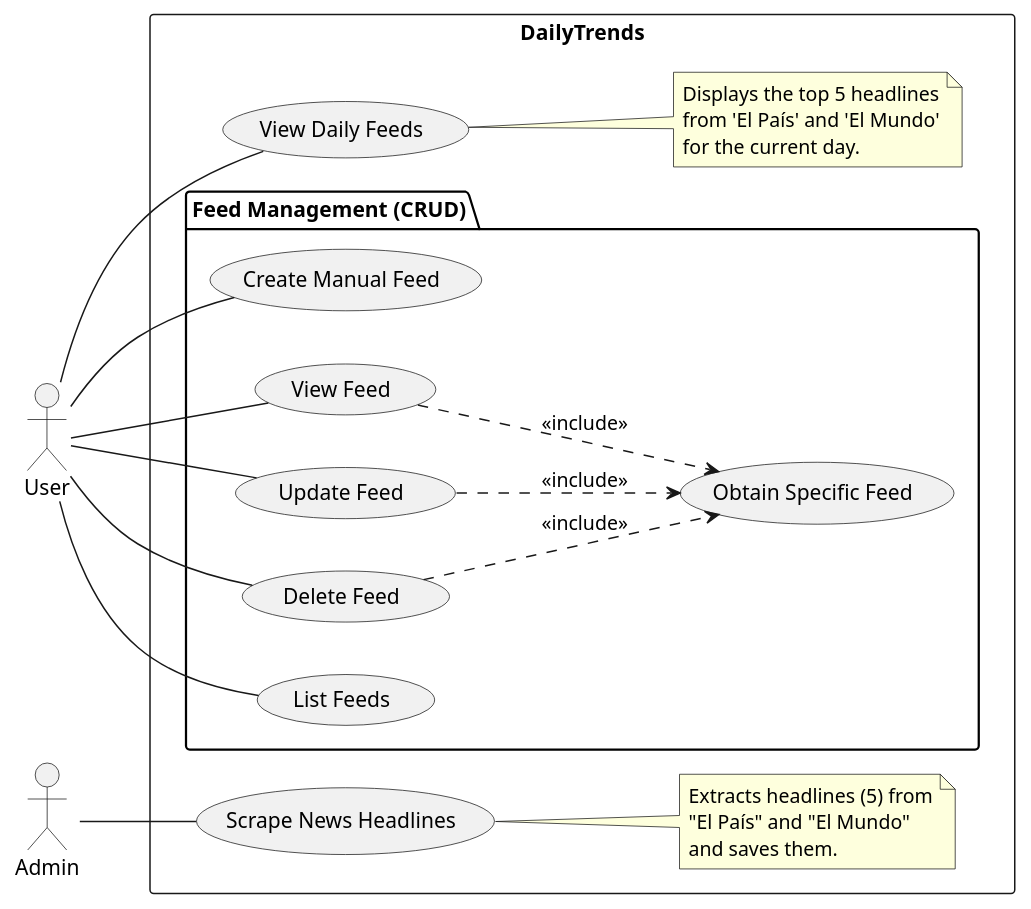
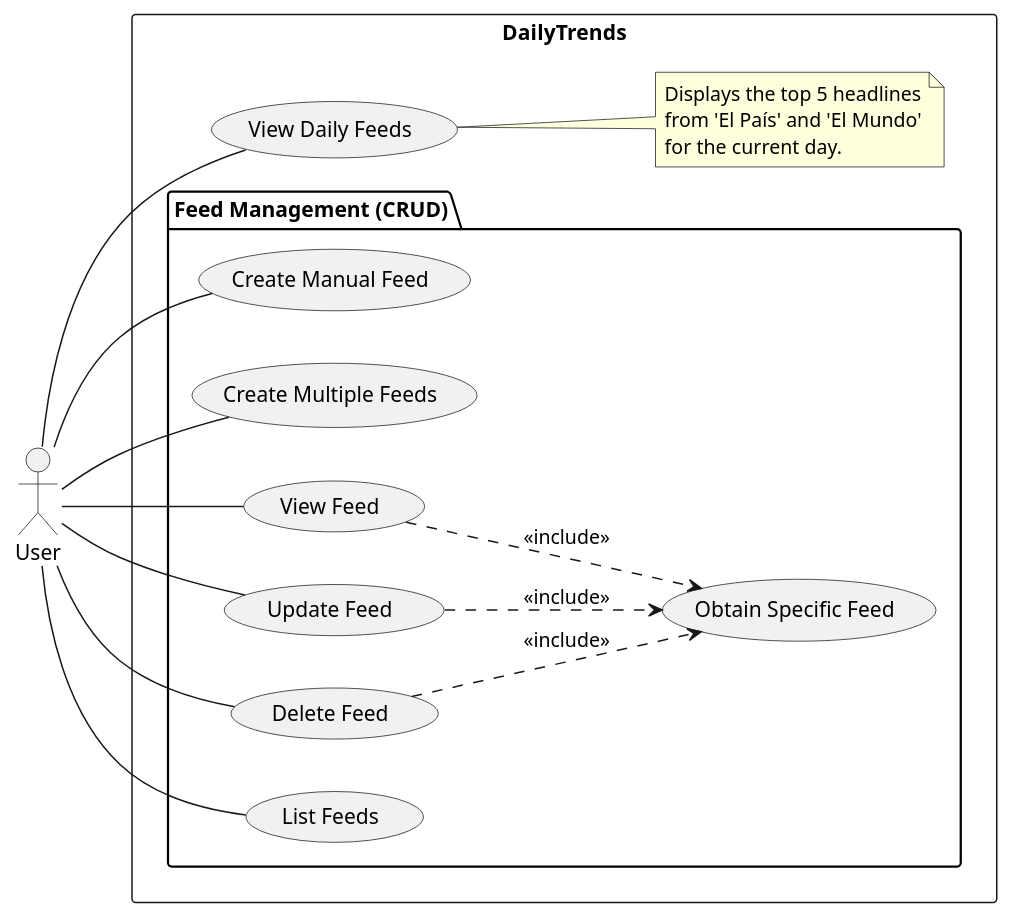
Before and after one commit to alfre144/be-daily-trends: the diagram in docs/use-cases.puml, drawn with PlantUML. The commit also changed 1 other file, not shown here.

```diff
--- a/docs/use-cases.puml
+++ b/docs/use-cases.puml
@@ -1,37 +1,30 @@
 @startuml DailyTrendsUseCases
 
   left to right direction
 
   actor User
-  actor Admin
 
   rectangle "DailyTrends" {
-    
-    Admin -- (Scrape News Headlines)
-    note right of (Scrape News Headlines)
-      Extracts headlines (5) from
-      "El País" and "El Mundo"
-      and saves them.
-    end note
     
     User -- (View Daily Feeds)
     note right of (View Daily Feeds)
       Displays the top 5 headlines
       from 'El País' and 'El Mundo'
       for the current day.
     end note
     
     package "Feed Management (CRUD)" {
       User -- (Create Manual Feed)
+      User -- (Create Multiple Feeds)
       User -- (View Feed)
       User -- (Update Feed)
       User -- (Delete Feed)
       User -- (List Feeds)
       (View Feed) ..> (Obtain Specific Feed) : <<include>>
       (Update Feed) ..> (Obtain Specific Feed) : <<include>>
       (Delete Feed) ..> (Obtain Specific Feed) : <<include>>
     }
 
   }
 
 @enduml
```
